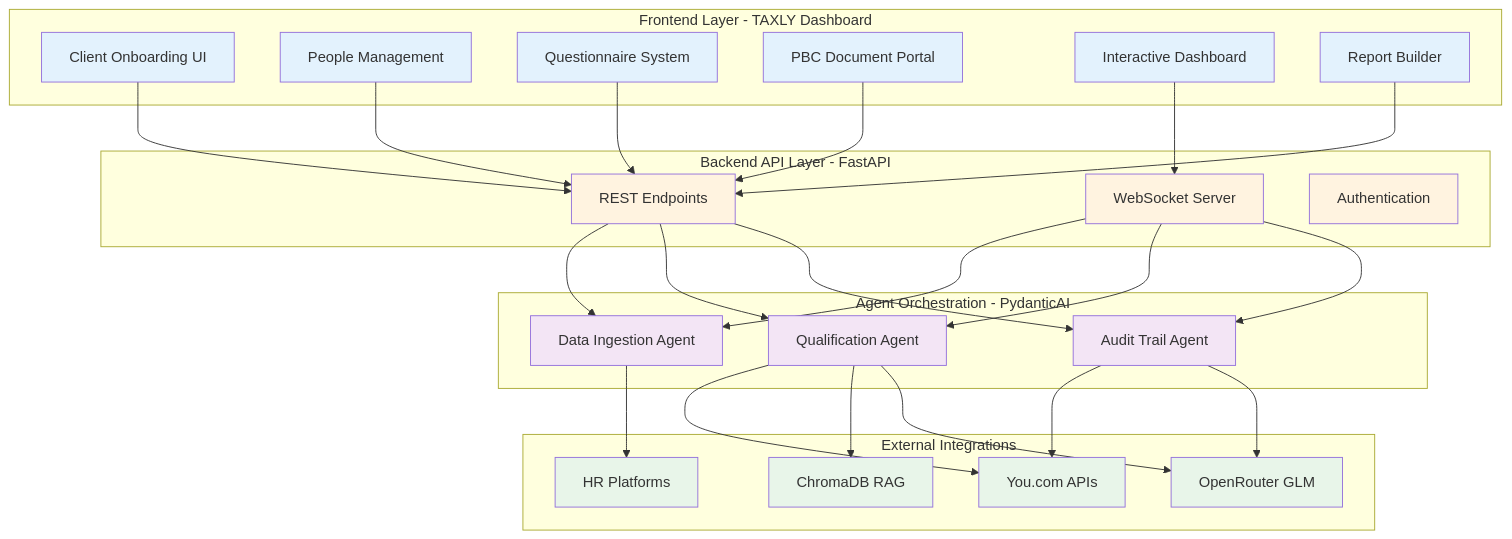
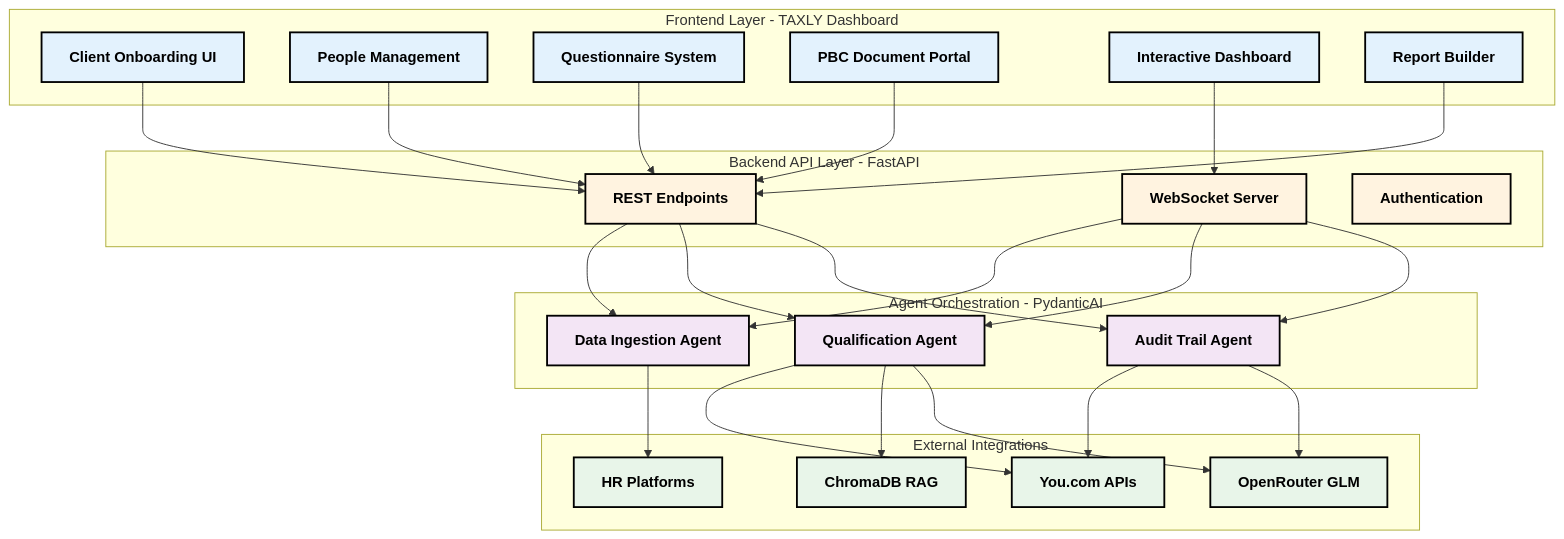
One commit to RishyanthReddy/TAXLY---AI-Powered-R-D-Tax-Credit-Automation-Platform changed the first of 4 diagrams in README.md. Above: the diagram before and after it, drawn with Mermaid.

````diff
--- a/README.md
+++ b/README.md
@@ -148,68 +148,68 @@
 ```mermaid
 graph TB
     subgraph "Frontend Layer - TAXLY Dashboard"
-        A1[Client Onboarding UI]
-        A2[People Management]
-        A3[Questionnaire System]
-        A4[PBC Document Portal]
-        A5[Interactive Dashboard]
-        A6[Report Builder]
+        A1["<b>Client Onboarding UI</b>"]
+        A2["<b>People Management</b>"]
+        A3["<b>Questionnaire System</b>"]
+        A4["<b>PBC Document Portal</b>"]
+        A5["<b>Interactive Dashboard</b>"]
+        A6["<b>Report Builder</b>"]
     end
     
     subgraph "Backend API Layer - FastAPI"
-        B1[REST Endpoints]
-        B2[WebSocket Server]
-        B3[Authentication]
+        B1["<b>REST Endpoints</b>"]
+        B2["<b>WebSocket Server</b>"]
+        B3["<b>Authentication</b>"]
     end
     
     subgraph "Agent Orchestration - PydanticAI"
-        C1[Data Ingestion Agent]
-        C2[Qualification Agent]
-        C3[Audit Trail Agent]
+        C1["<b>Data Ingestion Agent</b>"]
+        C2["<b>Qualification Agent</b>"]
+        C3["<b>Audit Trail Agent</b>"]
     end
     
     subgraph "External Integrations"
-        D1[You.com APIs]
-        D2[HR Platforms]
-        D3[OpenRouter GLM]
-        D4[ChromaDB RAG]
+        D1["<b>You.com APIs</b>"]
+        D2["<b>HR Platforms</b>"]
+        D3["<b>OpenRouter GLM</b>"]
+        D4["<b>ChromaDB RAG</b>"]
     end
     
     A1 --> B1
     A2 --> B1
     A3 --> B1
     A4 --> B1
     A5 --> B2
     A6 --> B1
     
     B1 --> C1
     B1 --> C2
     B1 --> C3
     B2 --> C1
     B2 --> C2
     B2 --> C3
     
     C1 --> D2
     C2 --> D1
     C2 --> D4
     C2 --> D3
     C3 --> D1
     C3 --> D3
     
-    style A1 fill:#e3f2fd
-    style A2 fill:#e3f2fd
-    style A3 fill:#e3f2fd
-    style A4 fill:#e3f2fd
-    style A5 fill:#e3f2fd
-    style A6 fill:#e3f2fd
-    style B1 fill:#fff3e0
-    style B2 fill:#fff3e0
-    style B3 fill:#fff3e0
-    style C1 fill:#f3e5f5
-    style C2 fill:#f3e5f5
-    style C3 fill:#f3e5f5
-    style D1 fill:#e8f5e9
-    style D2 fill:#e8f5e9
-    style D3 fill:#e8f5e9
-    style D4 fill:#e8f5e9
+    style A1 fill:#e3f2fd,stroke:#000,stroke-width:2px,color:#000
+    style A2 fill:#e3f2fd,stroke:#000,stroke-width:2px,color:#000
+    style A3 fill:#e3f2fd,stroke:#000,stroke-width:2px,color:#000
+    style A4 fill:#e3f2fd,stroke:#000,stroke-width:2px,color:#000
+    style A5 fill:#e3f2fd,stroke:#000,stroke-width:2px,color:#000
+    style A6 fill:#e3f2fd,stroke:#000,stroke-width:2px,color:#000
+    style B1 fill:#fff3e0,stroke:#000,stroke-width:2px,color:#000
+    style B2 fill:#fff3e0,stroke:#000,stroke-width:2px,color:#000
+    style B3 fill:#fff3e0,stroke:#000,stroke-width:2px,color:#000
+    style C1 fill:#f3e5f5,stroke:#000,stroke-width:2px,color:#000
+    style C2 fill:#f3e5f5,stroke:#000,stroke-width:2px,color:#000
+    style C3 fill:#f3e5f5,stroke:#000,stroke-width:2px,color:#000
+    style D1 fill:#e8f5e9,stroke:#000,stroke-width:2px,color:#000
+    style D2 fill:#e8f5e9,stroke:#000,stroke-width:2px,color:#000
+    style D3 fill:#e8f5e9,stroke:#000,stroke-width:2px,color:#000
+    style D4 fill:#e8f5e9,stroke:#000,stroke-width:2px,color:#000
 ```
````
